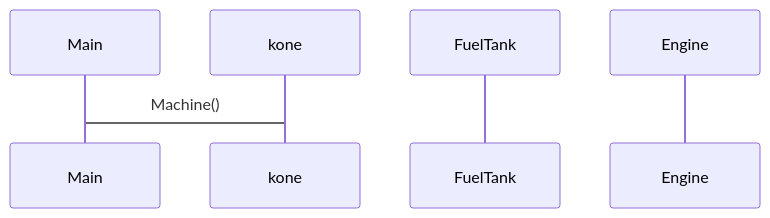
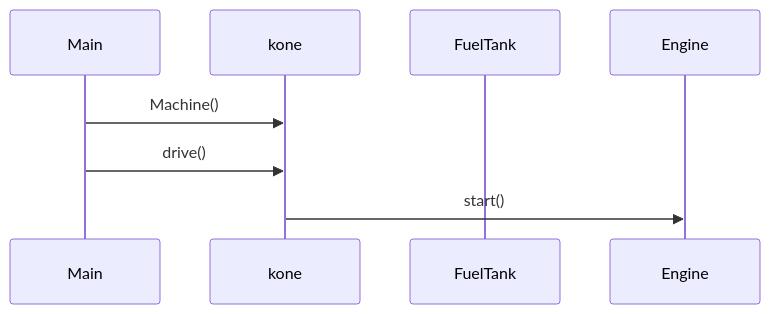
One commit to sohvip/ot-harjoitustyo changed the diagram in laskarit/viikko3/sekvenssikaavio.md. Above: the diagram before and after it, drawn with Mermaid.

````diff
--- a/laskarit/viikko3/sekvenssikaavio.md
+++ b/laskarit/viikko3/sekvenssikaavio.md
@@ -1,8 +1,10 @@
 ```mermaid
   sequenceDiagram
       participant Main
       participant kone
       participant FuelTank
       participant Engine
-      Main -> kone: Machine()
+      Main ->> kone: Machine()
+      Main ->> kone: drive()
+      kone ->> Engine: start()
 ```
````
